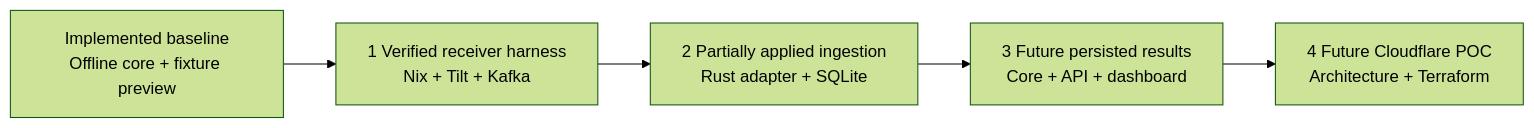
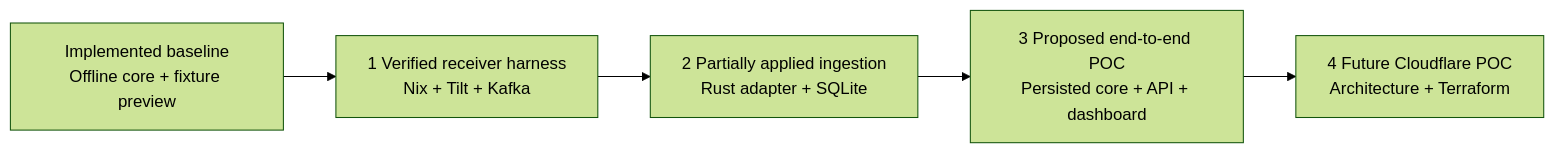
One commit to jestrada/ChargeShare changed the diagram in docs/plan.md. Above: the diagram before and after it, drawn with Mermaid (forest theme). The commit also changed other lines of this file and 6 other files, not shown here.

Commit message:
Propose complete synthetic POC startup and persisted results

````diff
--- a/docs/plan.md
+++ b/docs/plan.md
@@ -16,9 +16,9 @@
 ```mermaid
 flowchart LR
     baseline["Implemented baseline<br/>Offline core + fixture preview"]
     harness["1 Verified receiver harness<br/>Nix + Tilt + Kafka"]
     ingestion["2 Partially applied ingestion<br/>Rust adapter + SQLite"]
-    results["3 Future persisted results<br/>Core + API + dashboard"]
+    results["3 Proposed end-to-end POC<br/>Persisted core + API + dashboard"]
     cloudflare["4 Future Cloudflare POC<br/>Architecture + Terraform"]
     baseline --> harness --> ingestion --> results --> cloudflare
 ```
````
